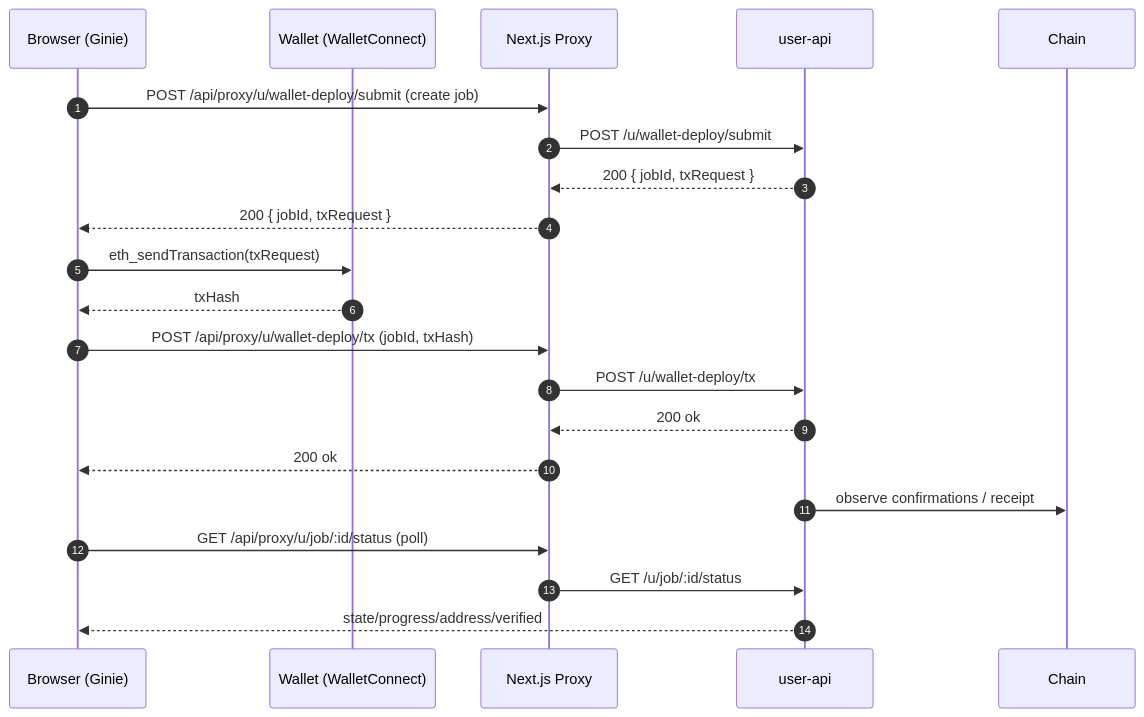
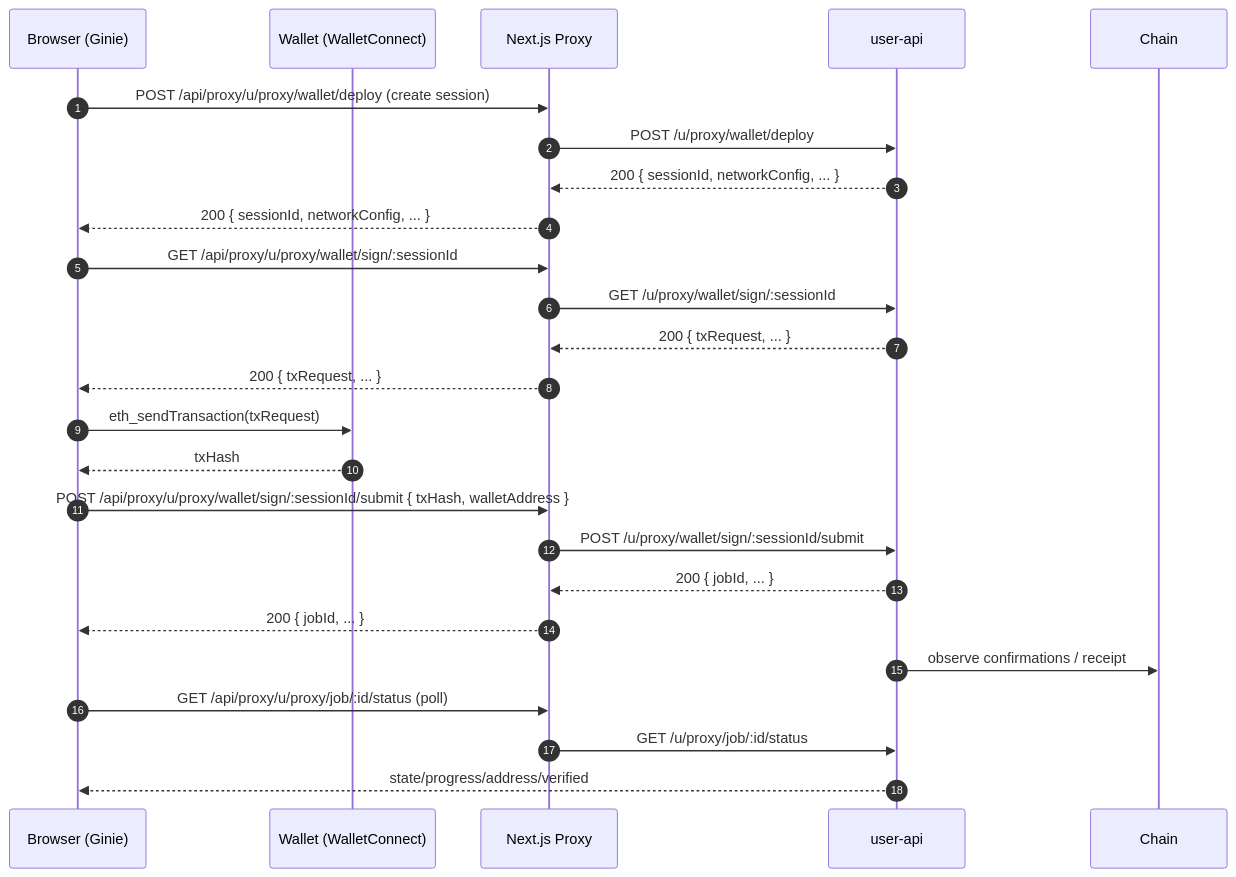
One commit to BlockXAI/Ginie_Frontend changed the sixth of 7 diagrams in README.md. Above: the diagram before and after it, drawn with Mermaid. The commit also changed other lines of this file, not shown here.

````diff
--- a/README.md
+++ b/README.md
@@ -361,27 +545,32 @@
 ```mermaid
 sequenceDiagram
   autonumber
   participant B as Browser (Ginie)
   participant W as Wallet (WalletConnect)
   participant N as Next.js Proxy
   participant U as user-api
   participant CH as Chain
 
-  B->>N: POST /api/proxy/u/wallet-deploy/submit (create job)
-  N->>U: POST /u/wallet-deploy/submit
-  U-->>N: 200 { jobId, txRequest }
-  N-->>B: 200 { jobId, txRequest }
+  B->>N: POST /api/proxy/u/proxy/wallet/deploy (create session)
+  N->>U: POST /u/proxy/wallet/deploy
+  U-->>N: 200 { sessionId, networkConfig, ... }
+  N-->>B: 200 { sessionId, networkConfig, ... }
+
+  B->>N: GET /api/proxy/u/proxy/wallet/sign/:sessionId
+  N->>U: GET /u/proxy/wallet/sign/:sessionId
+  U-->>N: 200 { txRequest, ... }
+  N-->>B: 200 { txRequest, ... }
 
   B->>W: eth_sendTransaction(txRequest)
   W-->>B: txHash
 
-  B->>N: POST /api/proxy/u/wallet-deploy/tx (jobId, txHash)
-  N->>U: POST /u/wallet-deploy/tx
-  U-->>N: 200 ok
-  N-->>B: 200 ok
+  B->>N: POST /api/proxy/u/proxy/wallet/sign/:sessionId/submit { txHash, walletAddress }
+  N->>U: POST /u/proxy/wallet/sign/:sessionId/submit
+  U-->>N: 200 { jobId, ... }
+  N-->>B: 200 { jobId, ... }
 
   U->>CH: observe confirmations / receipt
-  B->>N: GET /api/proxy/u/job/:id/status (poll)
-  N->>U: GET /u/job/:id/status
+  B->>N: GET /api/proxy/u/proxy/job/:id/status (poll)
+  N->>U: GET /u/proxy/job/:id/status
   U-->>B: state/progress/address/verified
 ```
````
